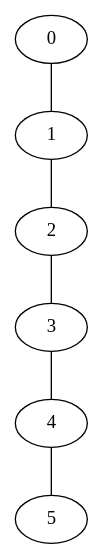
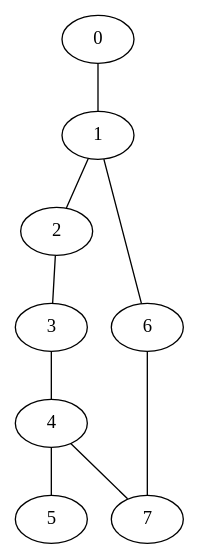
The diagram in sdia-deploy/graph.gv (vjeko/SDIA), drawn with Graphviz before and after one commit. The commit also changed 5 other files, not shown here.

```diff
--- a/sdia-deploy/graph.gv
+++ b/sdia-deploy/graph.gv
@@ -1,7 +1,12 @@
 graph {
   0 -- 1
   1 -- 2
   2 -- 3
   3 -- 4
   4 -- 5
+  
+  1 -- 6
+  6 -- 7
+  4 -- 7
+
 }
```
